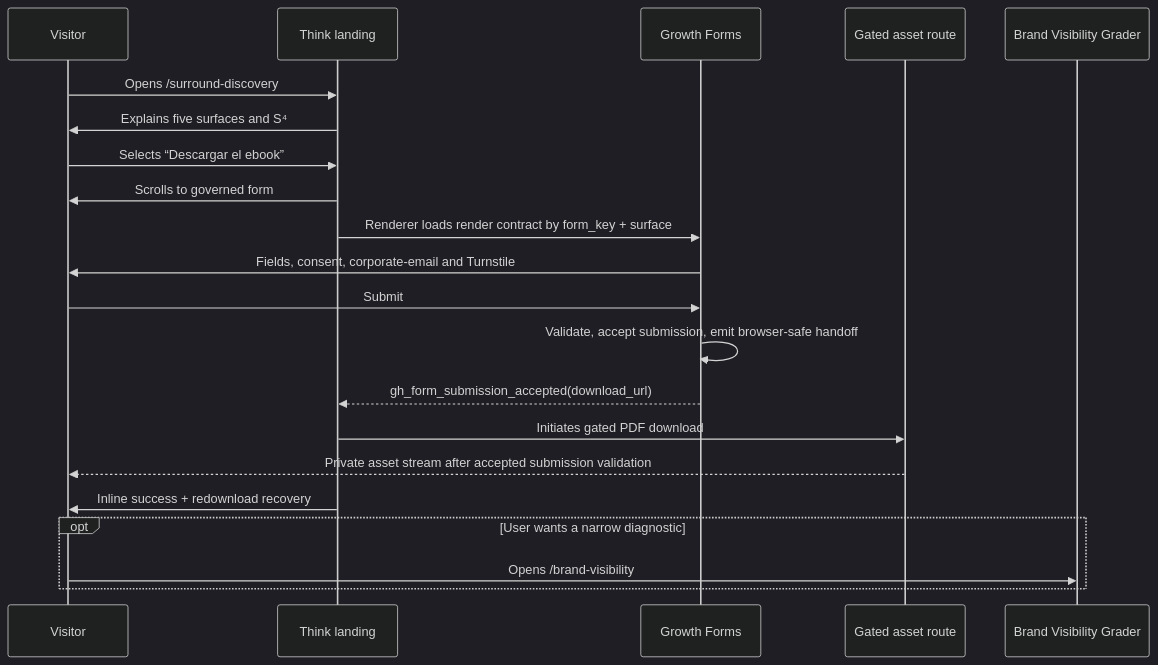
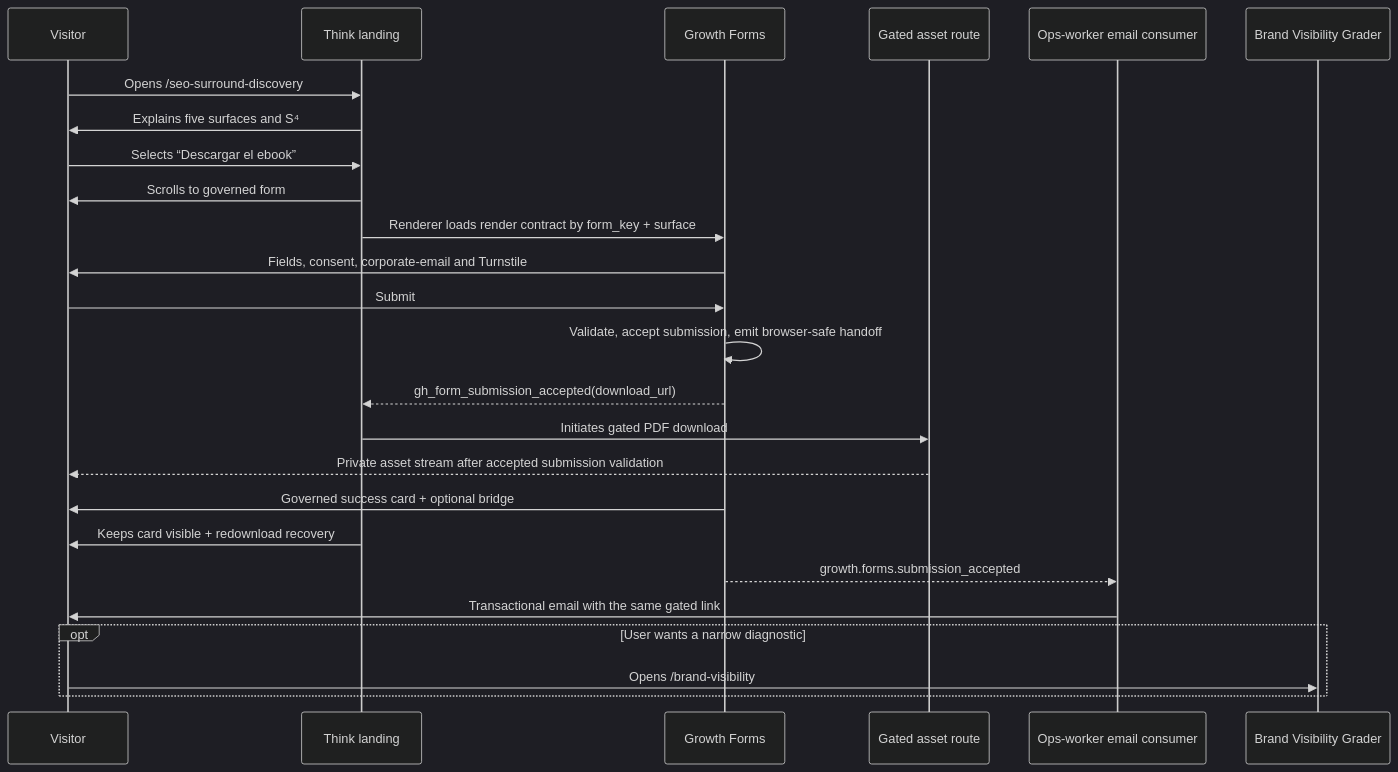
The diagram in docs/ui/flows/TASK-1387-surround-discovery-ebook-landing-flow.md (efeoncepro/greenhouse-eo), drawn with Mermaid (dark theme) before and after one commit. The commit also changed other lines of this file and 11 other files, not shown here.

First line of the commit message:
chore(surround-discovery): checkpoint del WIP concurrente TASK-1386/1387 — lifecycle in-progress + docs UI + registry/publisher del ebook form

````diff
--- a/docs/ui/flows/TASK-1387-surround-discovery-ebook-landing-flow.md
+++ b/docs/ui/flows/TASK-1387-surround-discovery-ebook-landing-flow.md
@@ -12,24 +12,28 @@
 ```mermaid
 sequenceDiagram
   participant V as Visitor
   participant T as Think landing
   participant F as Growth Forms
   participant G as Gated asset route
+  participant O as Ops-worker email consumer
   participant B as Brand Visibility Grader
 
-  V->>T: Opens /surround-discovery
+  V->>T: Opens /seo-surround-discovery
   T->>V: Explains five surfaces and S⁴
   V->>T: Selects “Descargar el ebook”
   T->>V: Scrolls to governed form
   T->>F: Renderer loads render contract by form_key + surface
   F->>V: Fields, consent, corporate-email and Turnstile
   V->>F: Submit
   F->>F: Validate, accept submission, emit browser-safe handoff
   F-->>T: gh_form_submission_accepted(download_url)
   T->>G: Initiates gated PDF download
   G-->>V: Private asset stream after accepted submission validation
-  T->>V: Inline success + redownload recovery
+  F->>V: Governed success card + optional bridge
+  T->>V: Keeps card visible + redownload recovery
+  F-->>O: growth.forms.submission_accepted
+  O->>V: Transactional email with the same gated link
   opt User wants a narrow diagnostic
     V->>B: Opens /brand-visibility
   end
 ```
````
